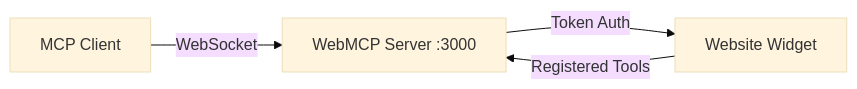
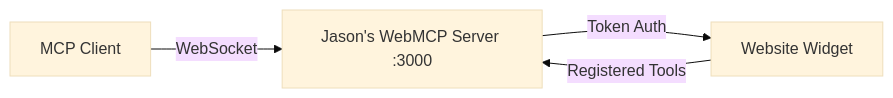
The fifth of 6 diagrams in connecting-agents.mdx (WebMCP-org/docs), drawn with Mermaid (base theme) before and after one commit. The commit also changed other lines of this file, not shown here.

First line of the commit message:
docs: clarify Jason's WebMCP is separate from MCP-B

````diff
--- a/connecting-agents.mdx
+++ b/connecting-agents.mdx
@@ -275,6 +275,6 @@
 ```mermaid
 graph LR
-    A[MCP Client] -->|WebSocket| B[WebMCP Server :3000]
+    A[MCP Client] -->|WebSocket| B[Jason's WebMCP Server :3000]
     B -->|Token Auth| C[Website Widget]
     C -->|Registered Tools| B
 ```
````
